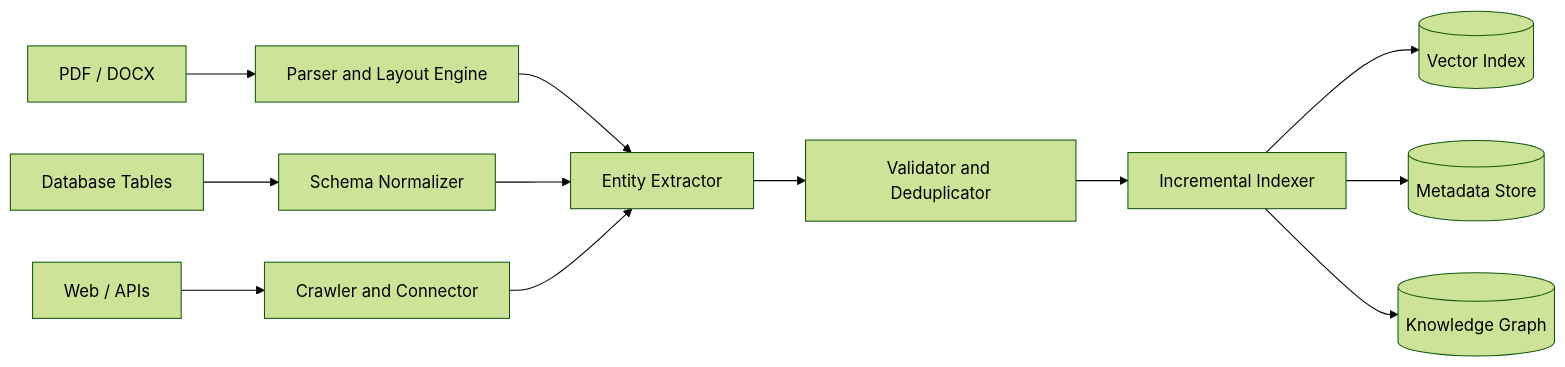
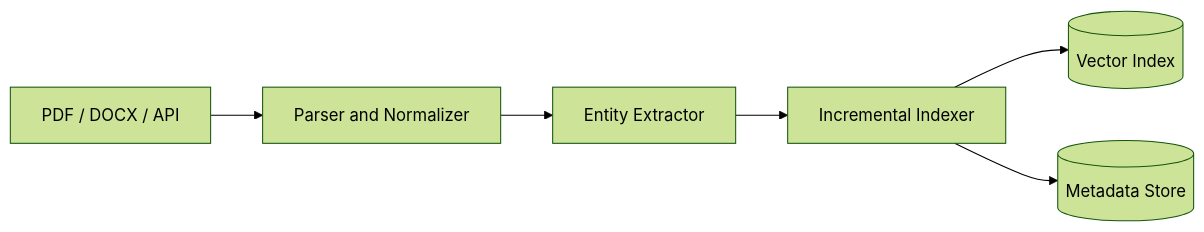
The first of 2 diagrams in assignments/assignment-4/ragflow_architectural_analysis (4).md (saanvielaty/eng-ai-agents), drawn with Mermaid (forest theme) before and after one commit. The commit also changed other lines of this file, not shown here.

Commit message:
Update ragflow_architectural_analysis (4).md

````diff
--- a/assignments/assignment-4/ragflow_architectural_analysis (4).md
+++ b/assignments/assignment-4/ragflow_architectural_analysis (4).md
@@ -39,14 +39,8 @@
 ```mermaid
 graph LR
-    S1[PDF / DOCX] --> P[Parser and Layout Engine]
-    S2[Database Tables] --> N[Schema Normalizer]
-    S3[Web / APIs] --> C[Crawler and Connector]
-    P --> E[Entity Extractor]
-    N --> E
-    C --> E
-    E --> V[Validator and Deduplicator]
-    V --> II[Incremental Indexer]
-    II --> VDB[(Vector Index)]
-    II --> KV[(Metadata Store)]
-    II --> KG[(Knowledge Graph)]
+    A[PDF / DOCX / API] --> B[Parser and Normalizer]
+    B --> C[Entity Extractor]
+    C --> D[Incremental Indexer]
+    D --> E[(Vector Index)]
+    D --> F[(Metadata Store)]
 ```
````
